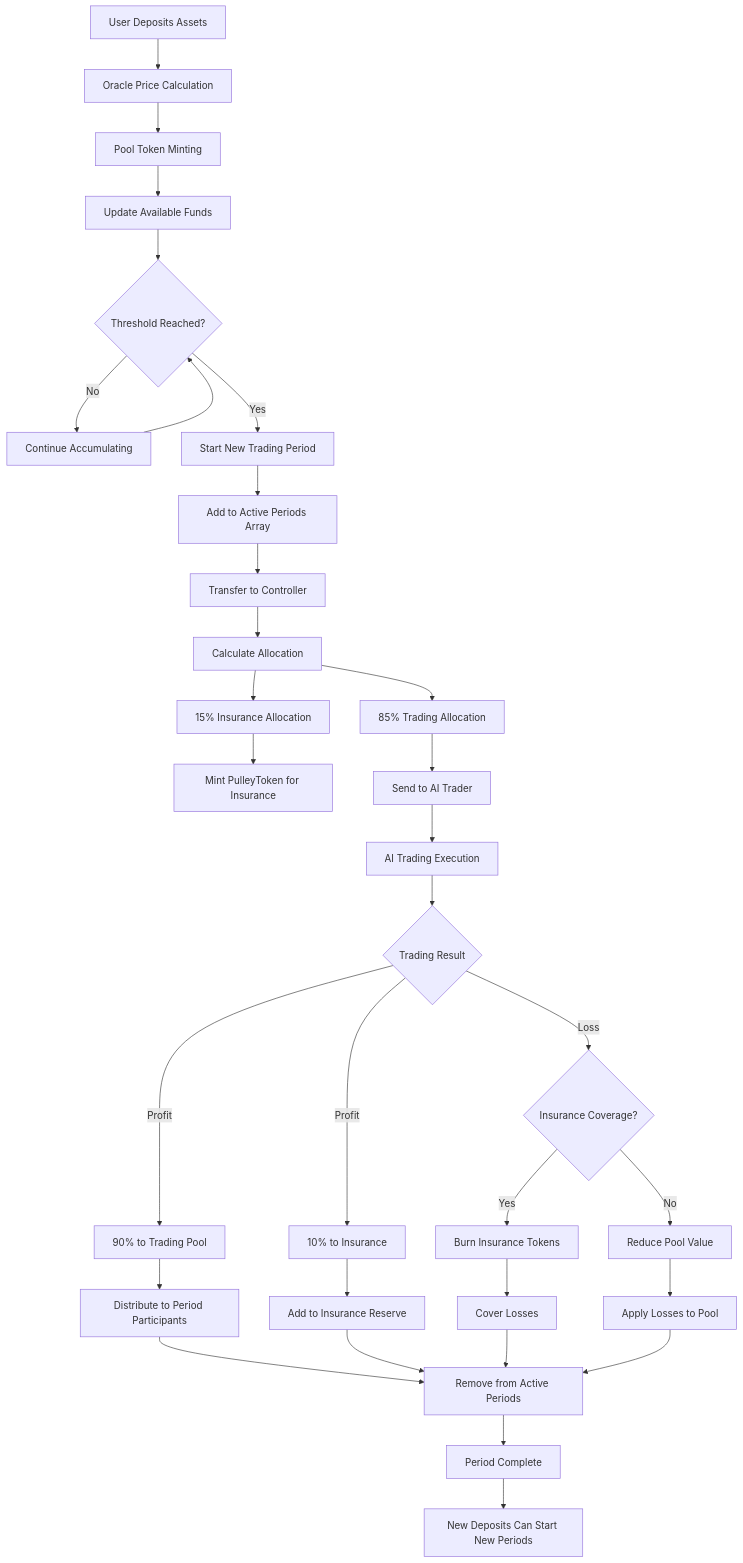
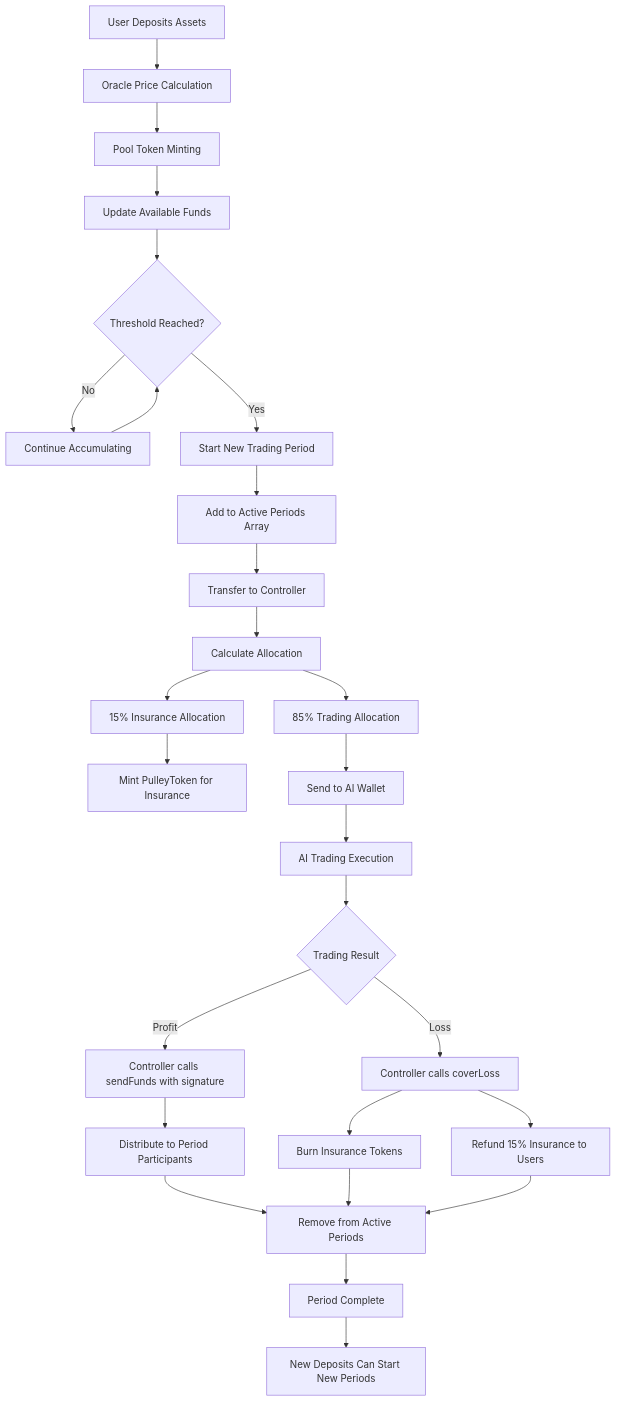
The fourth of 6 diagrams in README.md (Maa-ly/Pulley_evm), drawn with Mermaid before and after one commit. The commit also changed other lines of this file, not shown here.

````diff
--- a/README.md
+++ b/README.md
@@ -261,44 +187,38 @@
 ```mermaid
 flowchart TD
     A[User Deposits Assets] --> B[Oracle Price Calculation]
     B --> C[Pool Token Minting]
     C --> D[Update Available Funds]
     D --> E{Threshold Reached?}
     
     E -->|No| F[Continue Accumulating]
     F --> E
     
     E -->|Yes| G[Start New Trading Period]
     G --> H[Add to Active Periods Array]
     H --> I[Transfer to Controller]
     I --> J[Calculate Allocation]
     
     J --> K[15% Insurance Allocation]
     J --> L[85% Trading Allocation]
     
     K --> M[Mint PulleyToken for Insurance]
-    L --> N[Send to AI Trader]
+    L --> N[Send to AI Wallet]
     
     N --> O[AI Trading Execution]
     O --> P{Trading Result}
     
-    P -->|Profit| Q[90% to Trading Pool]
-    P -->|Profit| R[10% to Insurance]
-    P -->|Loss| S{Insurance Coverage?}
+    P -->|Profit| Q[Controller calls sendFunds with signature]
+    P -->|Loss| R[Controller calls coverLoss]
     
-    S -->|Yes| T[Burn Insurance Tokens]
-    S -->|No| U[Reduce Pool Value]
+    Q --> S[Distribute to Period Participants]
+    R --> T[Burn Insurance Tokens]
+    R --> U[Refund 15% Insurance to Users]
     
-    Q --> V[Distribute to Period Participants]
-    R --> W[Add to Insurance Reserve]
-    T --> X[Cover Losses]
-    U --> Y[Apply Losses to Pool]
+    S --> V[Remove from Active Periods]
+    T --> V
+    U --> V
     
-    V --> Z[Remove from Active Periods]
-    W --> Z
-    X --> Z
-    Y --> Z
-    
-    Z --> AA[Period Complete]
-    AA --> BB[New Deposits Can Start New Periods]
+    V --> W[Period Complete]
+    W --> X[New Deposits Can Start New Periods]
 ```
````
